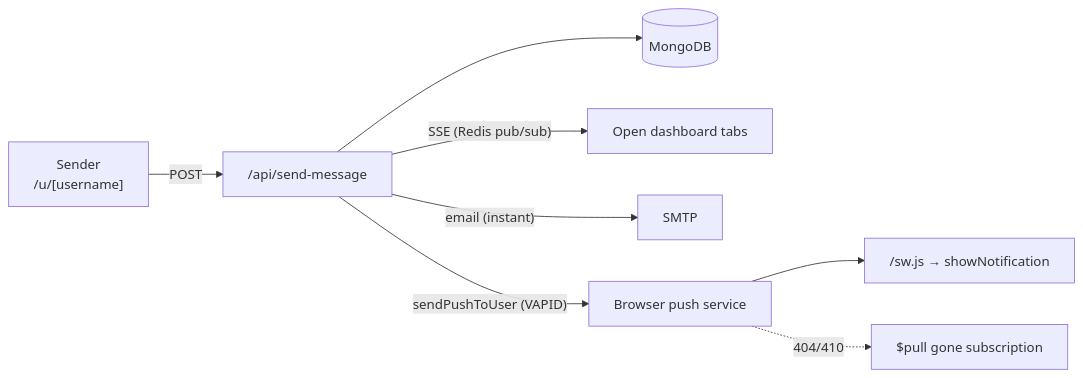
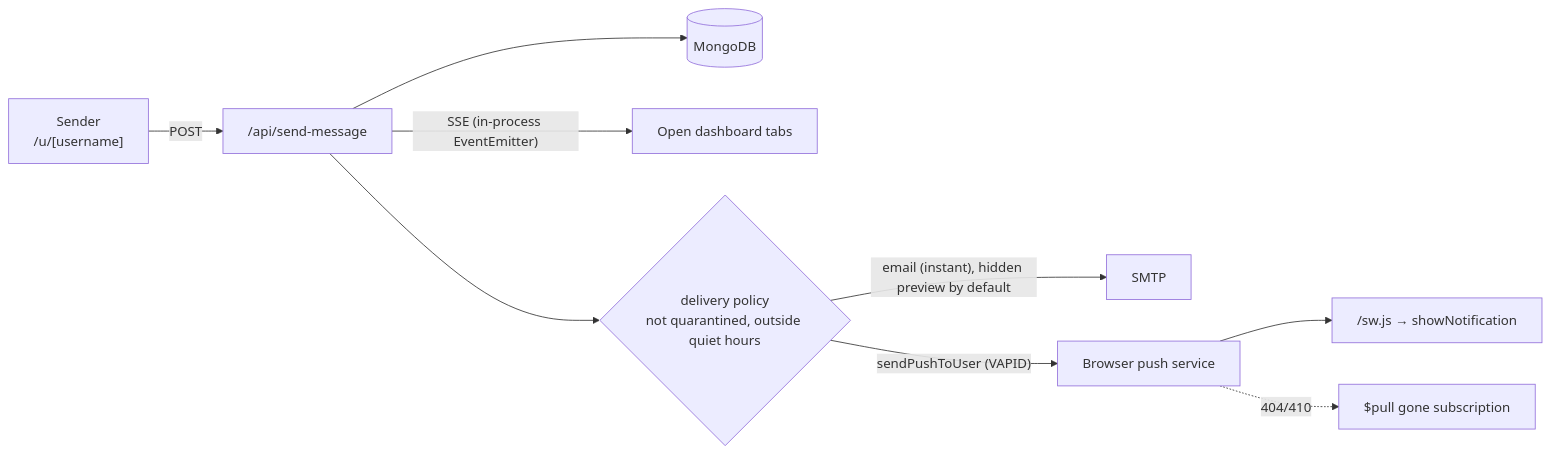
The third of 3 diagrams in docs/03-system-architecture.md (Abbas4tech/GhostMsg), drawn with Mermaid before and after one commit. The commit also changed other lines of this file and 498 other files, not shown here.

````diff
--- a/docs/03-system-architecture.md
+++ b/docs/03-system-architecture.md
@@ -189,10 +205,11 @@
 ```mermaid
 flowchart LR
     S["Sender<br/>/u/[username]"] -->|POST| SM["/api/send-message"]
     SM --> DB[("MongoDB")]
-    SM -->|"SSE (Redis pub/sub)"| IN["Open dashboard tabs"]
-    SM -->|"email (instant)"| MAIL["SMTP"]
-    SM -->|"sendPushToUser (VAPID)"| PS["Browser push service"]
+    SM -->|"SSE (in-process EventEmitter)"| IN["Open dashboard tabs"]
+    SM --> DP{"delivery policy<br/>not quarantined, outside quiet hours"}
+    DP -->|"email (instant), hidden preview by default"| MAIL["SMTP"]
+    DP -->|"sendPushToUser (VAPID)"| PS["Browser push service"]
     PS --> SW["/sw.js → showNotification"]
     PS -. "404/410" .-> PR["$pull gone subscription"]
 ```
````
